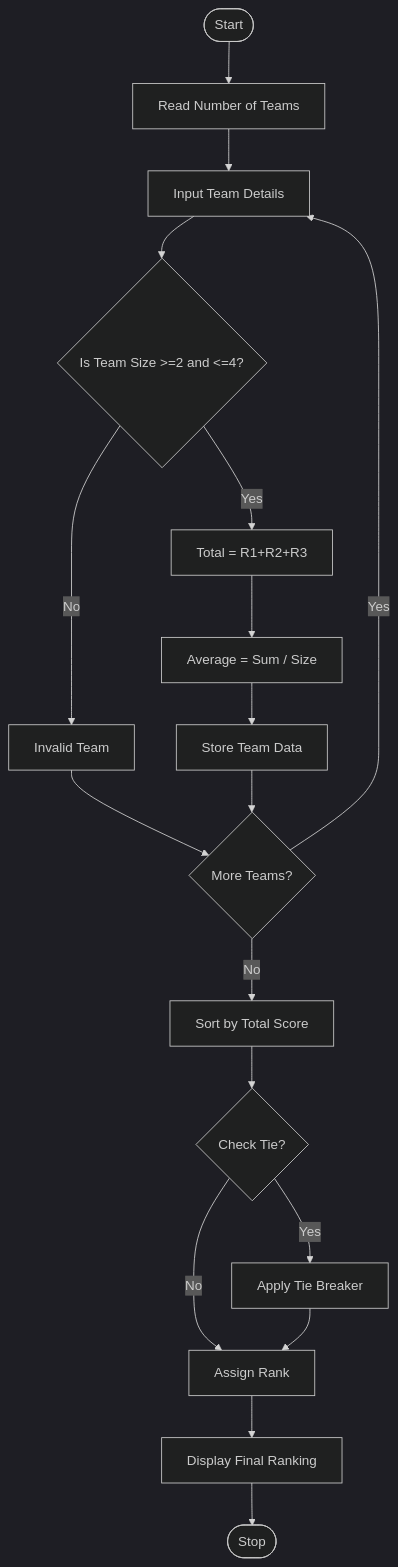
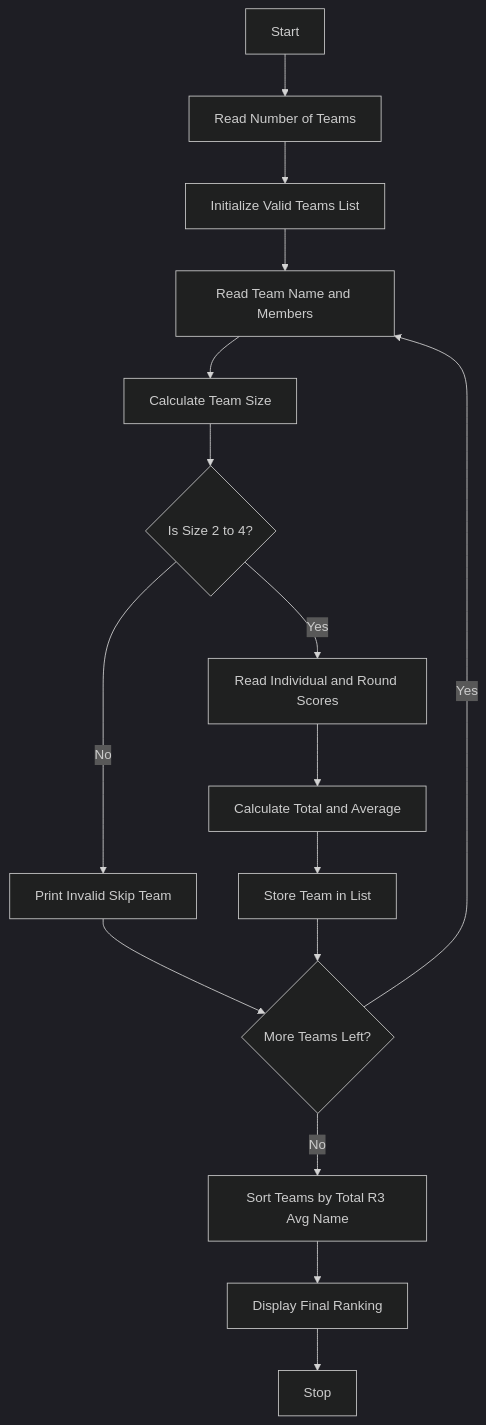
One commit to bhavyabalusupati10-maker/Python-Tasks changed the diagram in Task1/Code.md. Above: the diagram before and after it, drawn with Mermaid (dark theme). The commit also changed other lines of this file, not shown here.

````diff
--- a/Task1/Code.md
+++ b/Task1/Code.md
@@ -19,19 +23,18 @@
 ```mermaid
 flowchart TD
-    First([Start]) --> A[Read Number of Teams]
-    A --> B[Input Team Details]
-    B --> C{Is Team Size >=2 and <=4?}
-    C -- No --> D[Invalid Team] --> E{More Teams?}
-    C -- Yes --> F[Total = R1+R2+R3]
-    F --> G[Average = Sum / Size]
-    G --> H[Store Team Data]
-    H --> E
-    E -- Yes --> B
-    E -- No --> I[Sort by Total Score]
-    I --> J{Check Tie?}
-    J -- Yes --> K[Apply Tie Breaker]
-    J -- No --> L[Assign Rank]
-    K --> L
+    A[Start] --> B[Read Number of Teams]
+    B --> C[Initialize Valid Teams List]
+    C --> D[Read Team Name and Members]
+    D --> E[Calculate Team Size]
+    E --> F{Is Size 2 to 4?}
+    F -- No --> G[Print Invalid Skip Team]
+    G --> H{More Teams Left?}
+    F -- Yes --> I[Read Individual and Round Scores]
+    I --> J[Calculate Total and Average]
+    J --> K[Store Team in List]
+    K --> H
+    H -- Yes --> D
+    H -- No --> L[Sort Teams by Total R3 Avg Name]
     L --> M[Display Final Ranking]
-    M --> Last([Stop])
+    M --> N[Stop]
 ```
````
